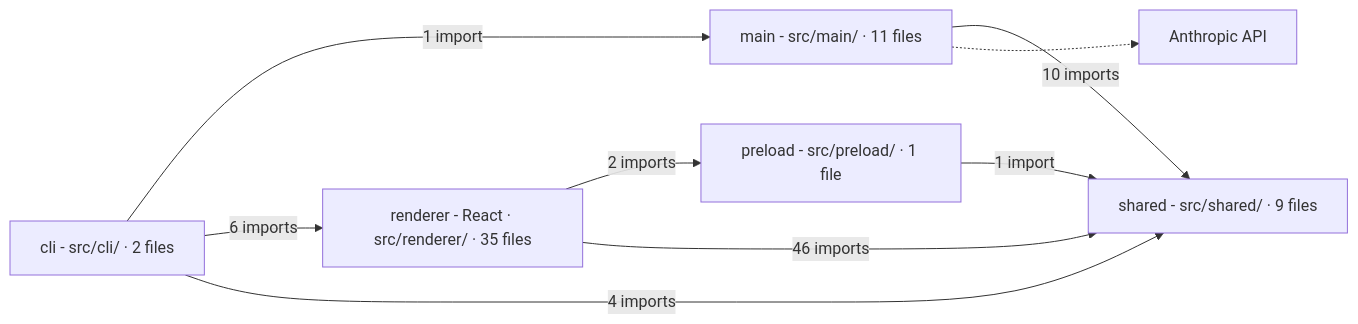
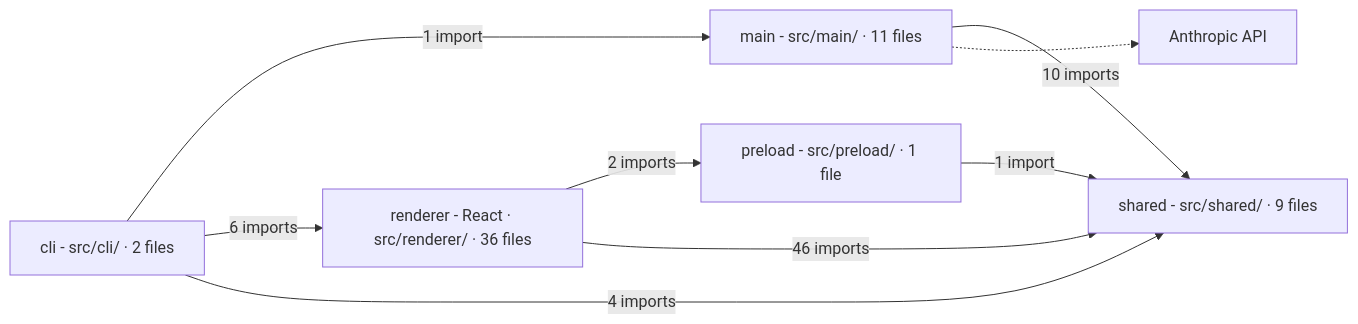
Before and after one commit to Sarthak-47/crtgrphr: the diagram in docs/architecture.md, drawn with Mermaid. The commit also changed 4 other files, not shown here.

````diff
--- a/docs/architecture.md
+++ b/docs/architecture.md
@@ -3,20 +3,20 @@
 ```mermaid
 flowchart LR
   dir_src_cli["cli - src/cli/ · 2 files"]
   dir_src_main["main - src/main/ · 11 files"]
   dir_src_preload["preload - src/preload/ · 1 file"]
-  dir_src_renderer["renderer - React · src/renderer/ · 35 files"]
+  dir_src_renderer["renderer - React · src/renderer/ · 36 files"]
   dir_src_shared["shared - src/shared/ · 9 files"]
   anthropic_api["Anthropic API"]
   dir_src_cli -->|"1 import"| dir_src_main
   dir_src_cli -->|"6 imports"| dir_src_renderer
   dir_src_cli -->|"4 imports"| dir_src_shared
   dir_src_main -->|"10 imports"| dir_src_shared
   dir_src_preload -->|"1 import"| dir_src_shared
   dir_src_renderer -->|"2 imports"| dir_src_preload
   dir_src_renderer -->|"46 imports"| dir_src_shared
   dir_src_main -.-> anthropic_api
   class dir_src_cli,dir_src_main,dir_src_preload,dir_src_shared backend
   class dir_src_renderer frontend
   class anthropic_api service
 ```
````
